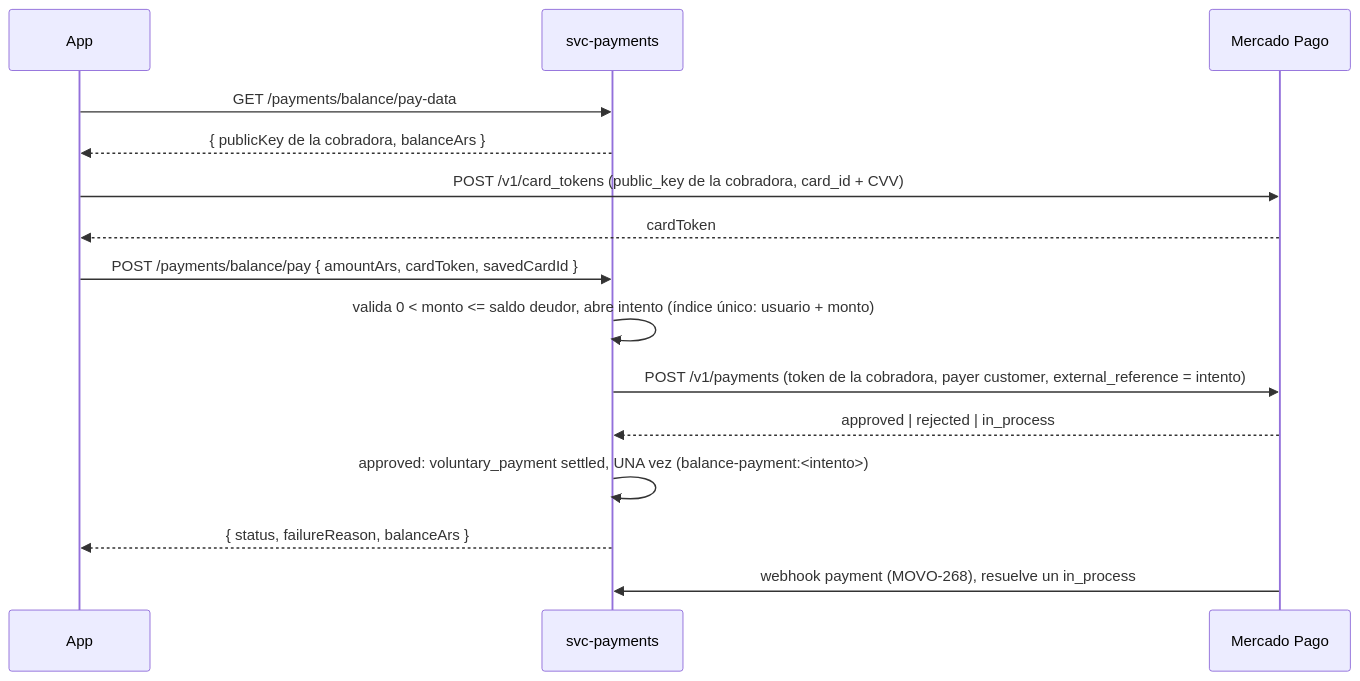
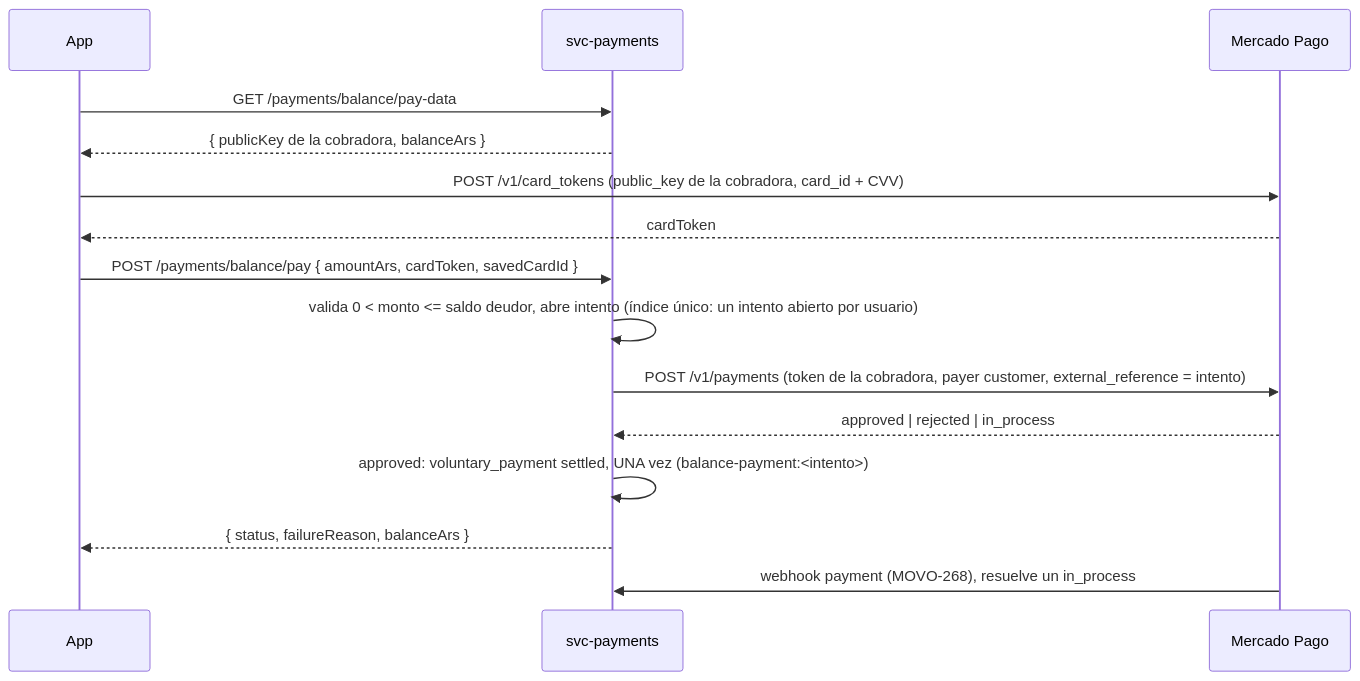
The ninth of 11 diagrams in docs/payments/flujo-de-pagos.md (movosend/movo), drawn with Mermaid before and after one commit. The commit also changed other lines of this file and 8 other files, not shown here.

First line of the commit message:
fix(payments): un solo intento abierto por usuario al pagar el saldo [MOVO-312]

````diff
--- a/docs/payments/flujo-de-pagos.md
+++ b/docs/payments/flujo-de-pagos.md
@@ -359,17 +359,17 @@
 ```mermaid
 sequenceDiagram
     participant A as App
     participant P as svc-payments
     participant M as Mercado Pago
     A->>P: GET /payments/balance/pay-data
     P-->>A: { publicKey de la cobradora, balanceArs }
     A->>M: POST /v1/card_tokens (public_key de la cobradora, card_id + CVV)
     M-->>A: cardToken
     A->>P: POST /payments/balance/pay { amountArs, cardToken, savedCardId }
-    P->>P: valida 0 < monto <= saldo deudor, abre intento (índice único: usuario + monto)
+    P->>P: valida 0 < monto <= saldo deudor, abre intento (índice único: un intento abierto por usuario)
     P->>M: POST /v1/payments (token de la cobradora, payer customer, external_reference = intento)
     M-->>P: approved | rejected | in_process
     P->>P: approved: voluntary_payment settled, UNA vez (balance-payment:<intento>)
     P-->>A: { status, failureReason, balanceArs }
     M->>P: webhook payment (MOVO-268), resuelve un in_process
 ```
````
